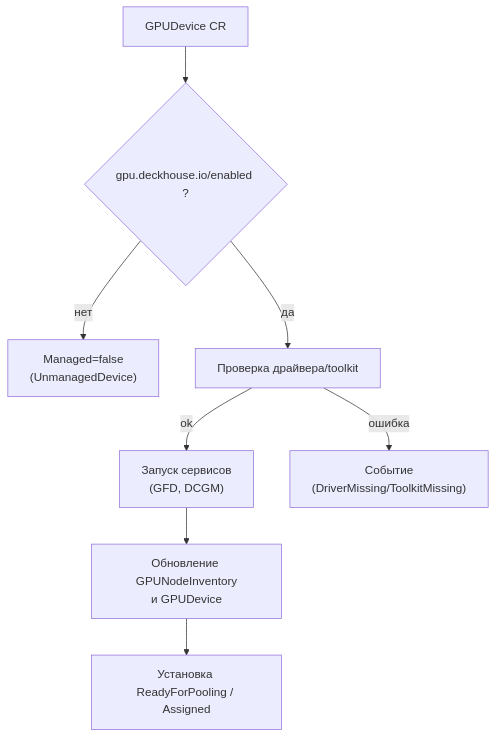
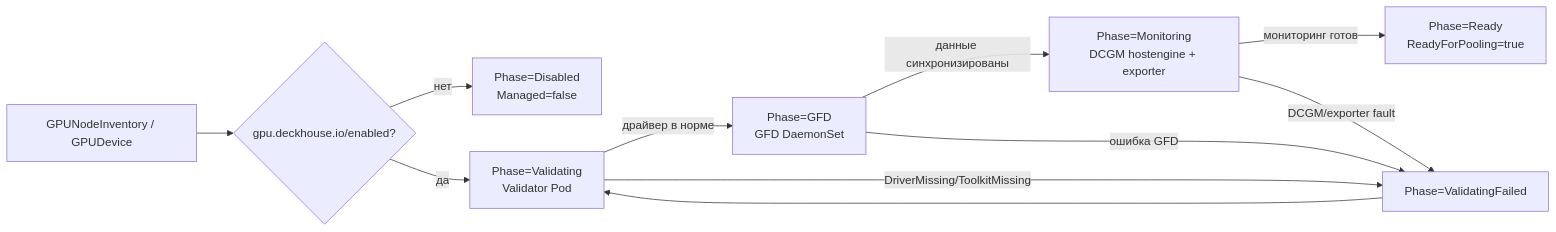
The second of 6 diagrams in docs/adr/ADR-gpu-control-plane.ru.md (aleksandr-podmoskovniy/gpu-control-plane), drawn with Mermaid before and after one commit. The commit also changed other lines of this file and 78 other files, not shown here.

````diff
--- a/docs/adr/ADR-gpu-control-plane.ru.md
+++ b/docs/adr/ADR-gpu-control-plane.ru.md
@@ -439,10 +450,13 @@
 ```mermaid
-flowchart TD
-    Device["GPUDevice CR"] --> Filter{"gpu.deckhouse.io/enabled ?"}
-    Filter -->|нет| Mark["Managed=false<br/>(UnmanagedDevice)"]
-    Filter -->|да| Probe["Проверка драйвера/toolkit"]
-    Probe -->|ok| Stack["Запуск сервисов<br/>(GFD, DCGM)"]
-    Stack --> Update["Обновление GPUNodeInventory<br/>и GPUDevice"]
-    Update --> Ready["Установка ReadyForPooling / Assigned"]
-    Probe -->|ошибка| Remediation["Событие<br/>(DriverMissing/ToolkitMissing)"]
+flowchart LR
+    Start["GPUNodeInventory / GPUDevice"] --> Enabled{"gpu.deckhouse.io/enabled?"}
+    Enabled -->|нет| Disabled["Phase=Disabled<br/>Managed=false"]
+    Enabled -->|да| Validating["Phase=Validating<br/>Validator Pod"]
+    Validating -->|драйвер в норме| GFDPhase["Phase=GFD<br/>GFD DaemonSet"]
+    Validating -->|DriverMissing/ToolkitMissing| Fail["Phase=ValidatingFailed"]
+    GFDPhase -->|данные синхронизированы| Monitoring["Phase=Monitoring<br/>DCGM hostengine + exporter"]
+    GFDPhase -->|ошибка GFD| Fail
+    Monitoring -->|мониторинг готов| ReadyPhase["Phase=Ready<br/>ReadyForPooling=true"]
+    Monitoring -->|DCGM/exporter fault| Fail
+    Fail --> Validating
 ```
````
